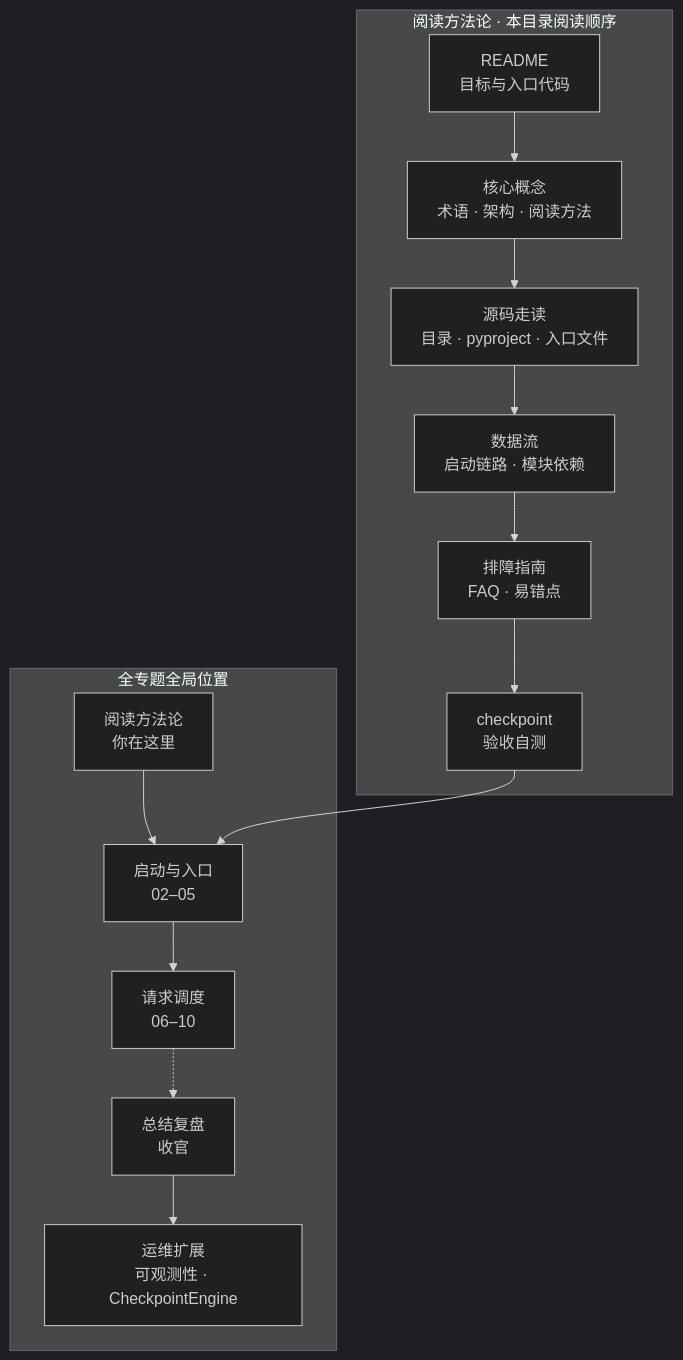
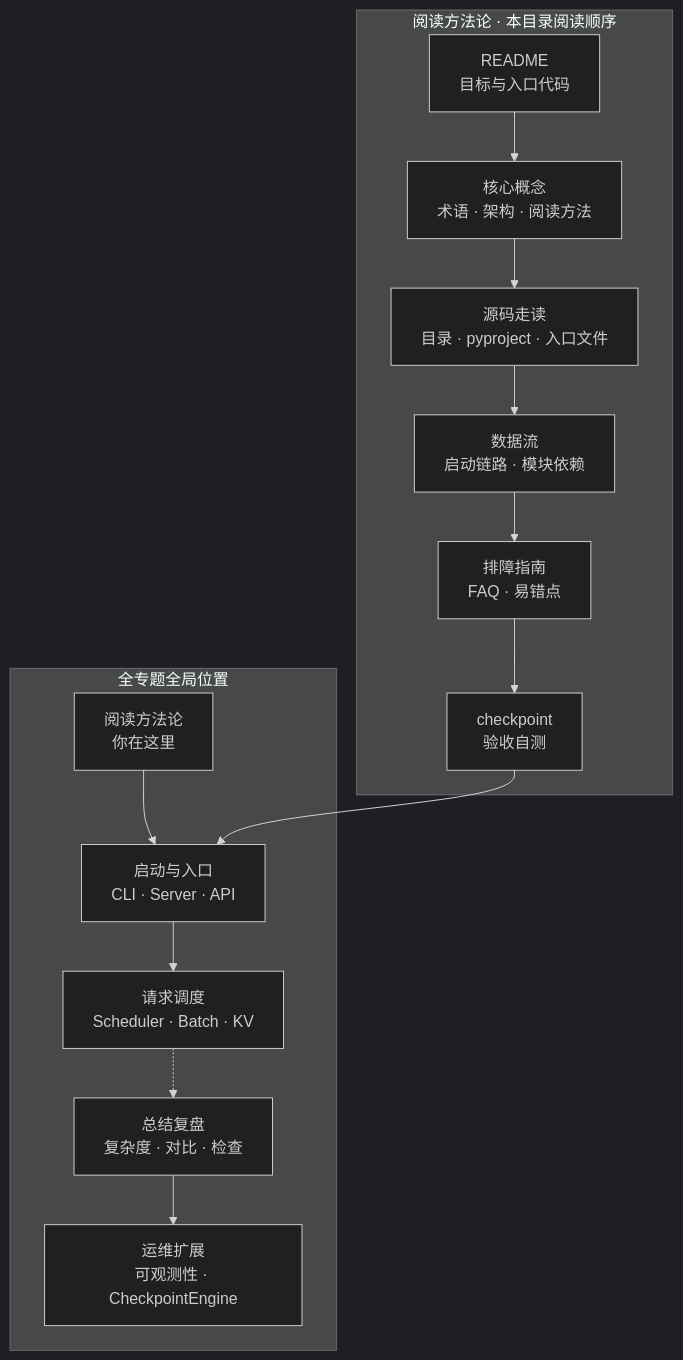
One commit to OnlyHero5/sglang-reading-vault changed the diagram in sglang_reading/阅读方法/SGLang-阅读方法.md. Above: the diagram before and after it, drawn with Mermaid (dark theme). The commit also changed other lines of this file and 512 other files, not shown here.

````diff
--- a/sglang_reading/阅读方法/SGLang-阅读方法.md
+++ b/sglang_reading/阅读方法/SGLang-阅读方法.md
@@ -40,25 +41,25 @@
 ```mermaid
 flowchart TB
- subgraph B01["阅读方法论 · 本目录阅读顺序"]
+ subgraph Local["阅读方法论 · 本目录阅读顺序"]
  R[README<br/>目标与入口代码]
  C1[核心概念<br/>术语 · 架构 · 阅读方法]
  C2[源码走读<br/>目录 · pyproject · 入口文件]
  C3[数据流<br/>启动链路 · 模块依赖]
  C4[排障指南<br/>FAQ · 易错点]
  CP[checkpoint<br/>验收自测]
  R --> C1 --> C2 --> C3 --> C4 --> CP
  end
 
  subgraph Global["全专题全局位置"]
- B01G[阅读方法论<br/>你在这里]
- B02[启动与入口<br/>02–05]
- B06[请求调度<br/>06–10]
- B30[总结复盘<br/>收官]
- B31[运维扩展<br/>可观测性 · CheckpointEngine]
- B01G --> B02 --> B06
- B06 -.-> B30
- B30 --> B31
+ Here[阅读方法论<br/>你在这里]
+ Launch[启动与入口<br/>CLI · Server · API]
+ Schedule[请求调度<br/>Scheduler · Batch · KV]
+ Review[总结复盘<br/>复杂度 · 对比 · 检查]
+ Ops[运维扩展<br/>可观测性 · CheckpointEngine]
+ Here --> Launch --> Schedule
+ Schedule -.-> Review
+ Review --> Ops
  end
 
- CP --> B02
+ CP --> Launch
 ```
````
